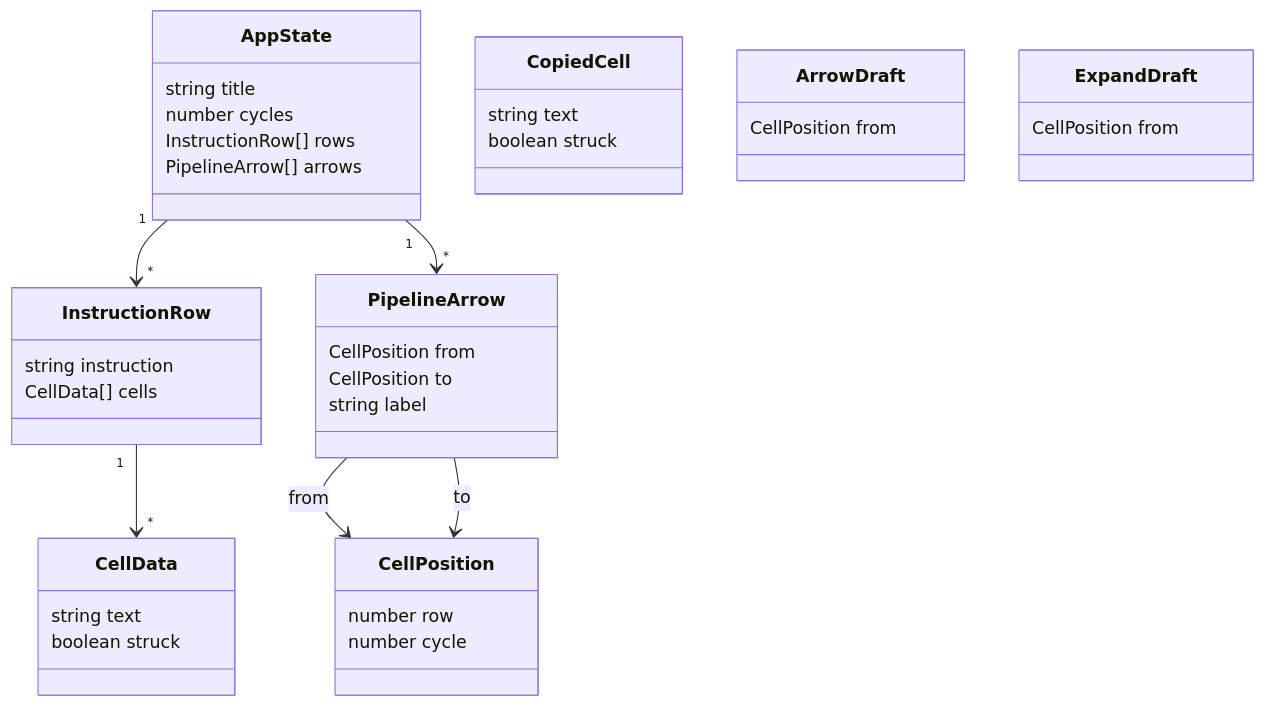
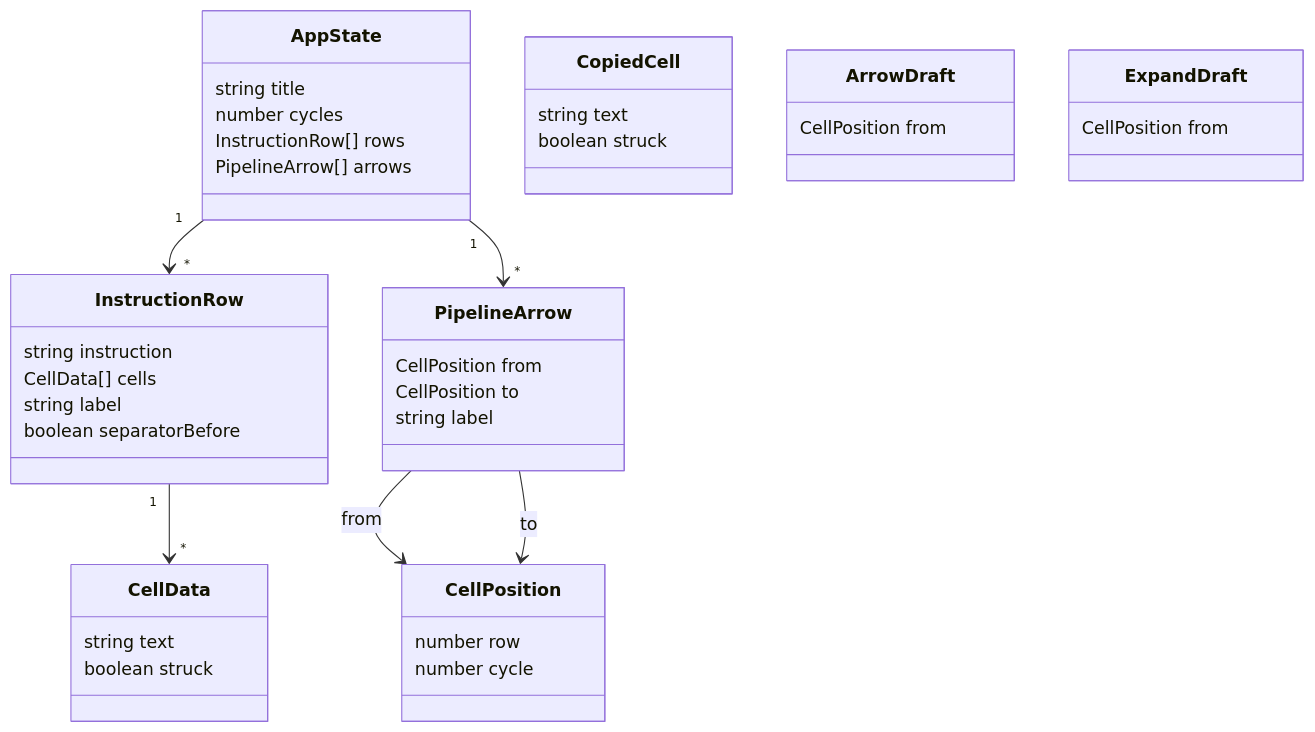
One commit to R3Neer/pipeline-table-editor changed the second of 10 diagrams in app/docs/architecture.md. Above: the diagram before and after it, drawn with Mermaid. The commit also changed other lines of this file and 17 other files, not shown here.

````diff
--- a/app/docs/architecture.md
+++ b/app/docs/architecture.md
@@ -98,49 +116,51 @@
 ```mermaid
 classDiagram
   class AppState {
     string title
     number cycles
     InstructionRow[] rows
     PipelineArrow[] arrows
   }
 
   class InstructionRow {
     string instruction
     CellData[] cells
+    string label
+    boolean separatorBefore
   }
 
   class CellData {
     string text
     boolean struck
   }
 
   class CellPosition {
     number row
     number cycle
   }
 
   class PipelineArrow {
     CellPosition from
     CellPosition to
     string label
   }
 
   class CopiedCell {
     string text
     boolean struck
   }
 
   class ArrowDraft {
     CellPosition from
   }
 
   class ExpandDraft {
     CellPosition from
   }
 
   AppState "1" --> "*" InstructionRow
   AppState "1" --> "*" PipelineArrow
   InstructionRow "1" --> "*" CellData
   PipelineArrow --> CellPosition : from
   PipelineArrow --> CellPosition : to
 ```
````
